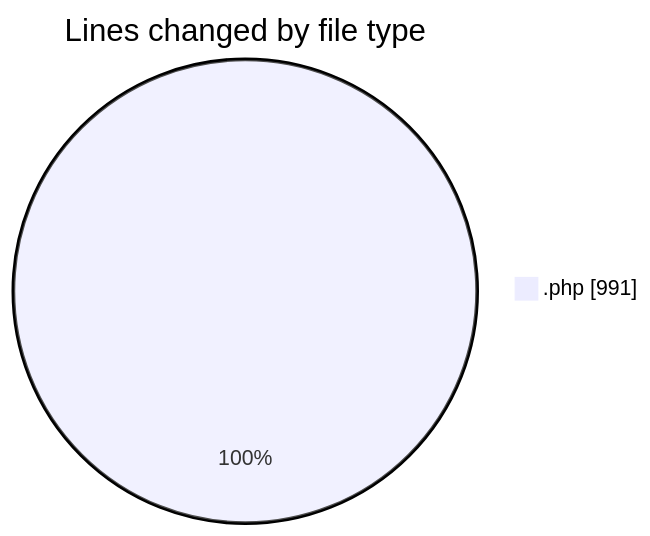
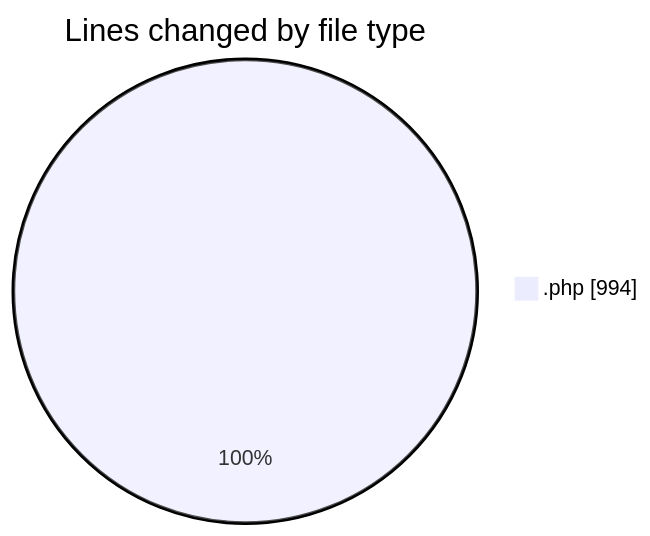
One commit to LanceThiago/code-tracking changed the first of 2 diagrams in 2025-01-14/oficina/README.md. Above: the diagram before and after it, drawn with Mermaid. The commit also changed other lines of this file and 1 other file, not shown here.

````diff
--- a/2025-01-14/oficina/README.md
+++ b/2025-01-14/oficina/README.md
@@ -23,5 +23,5 @@
 ```mermaid
 pie showData
 title Lines changed by file type
-".php" : 991
+".php" : 994
 ```
````
